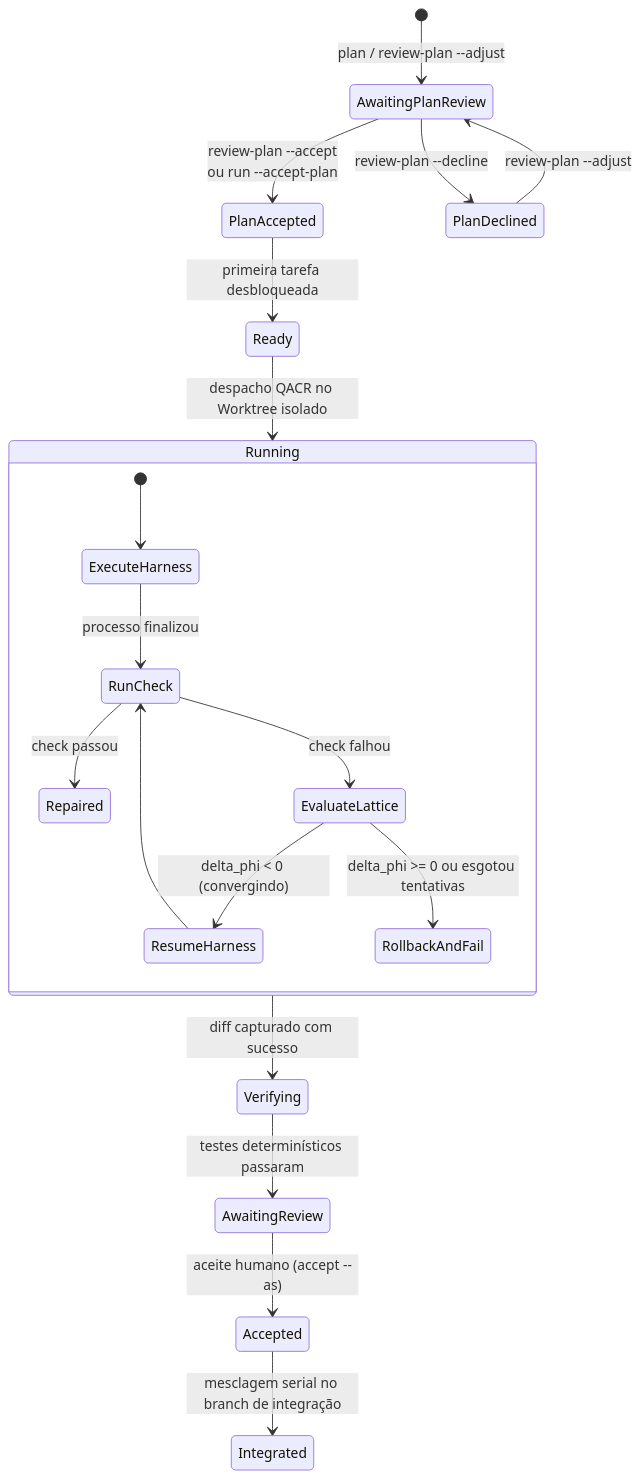
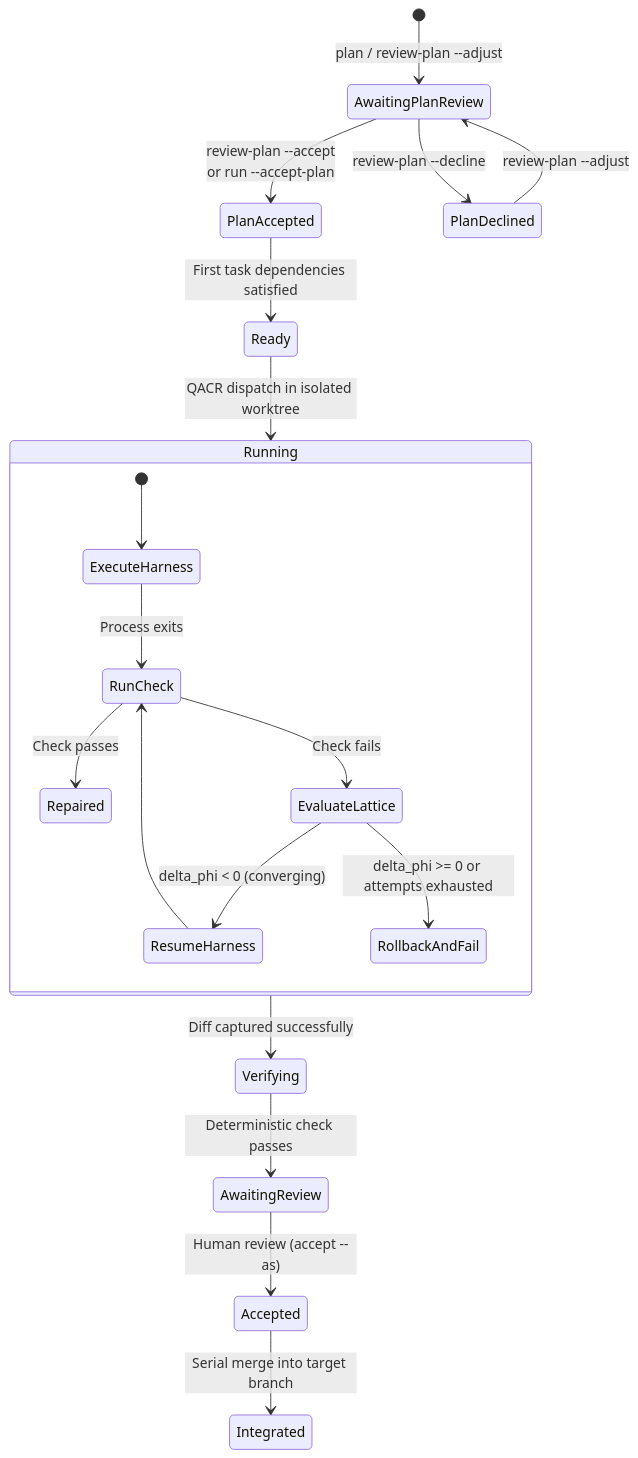
Before and after one commit to smota/meshloop: the third of 3 diagrams in docs/architecture/overview.md, drawn with Mermaid. The commit also changed other lines of this file and 14 other files, not shown here.

````diff
--- a/docs/architecture/overview.md
+++ b/docs/architecture/overview.md
@@ -110,25 +109,25 @@
 ```mermaid
 stateDiagram-v2
   [*] --> AwaitingPlanReview: plan / review-plan --adjust
-  AwaitingPlanReview --> PlanAccepted: review-plan --accept<br/>ou run --accept-plan
+  AwaitingPlanReview --> PlanAccepted: review-plan --accept<br/>or run --accept-plan
   AwaitingPlanReview --> PlanDeclined: review-plan --decline
   PlanDeclined --> AwaitingPlanReview: review-plan --adjust
   
-  PlanAccepted --> Ready: primeira tarefa desbloqueada
-  Ready --> Running: despacho QACR no Worktree isolado
+  PlanAccepted --> Ready: First task dependencies satisfied
+  Ready --> Running: QACR dispatch in isolated worktree
   
   state Running {
     [*] --> ExecuteHarness
-    ExecuteHarness --> RunCheck: processo finalizou
-    RunCheck --> Repaired: check passou
-    RunCheck --> EvaluateLattice: check falhou
-    EvaluateLattice --> ResumeHarness: delta_phi < 0 (convergindo)
+    ExecuteHarness --> RunCheck: Process exits
+    RunCheck --> Repaired: Check passes
+    RunCheck --> EvaluateLattice: Check fails
+    EvaluateLattice --> ResumeHarness: delta_phi < 0 (converging)
     ResumeHarness --> RunCheck
-    EvaluateLattice --> RollbackAndFail: delta_phi >= 0 ou esgotou tentativas
+    EvaluateLattice --> RollbackAndFail: delta_phi >= 0 or attempts exhausted
   }
 
-  Running --> Verifying: diff capturado com sucesso
-  Verifying --> AwaitingReview: testes determinísticos passaram
-  AwaitingReview --> Accepted: aceite humano (accept --as)
-  Accepted --> Integrated: mesclagem serial no branch de integração
+  Running --> Verifying: Diff captured successfully
+  Verifying --> AwaitingReview: Deterministic check passes
+  AwaitingReview --> Accepted: Human review (accept --as)
+  Accepted --> Integrated: Serial merge into target branch
 ```
````
